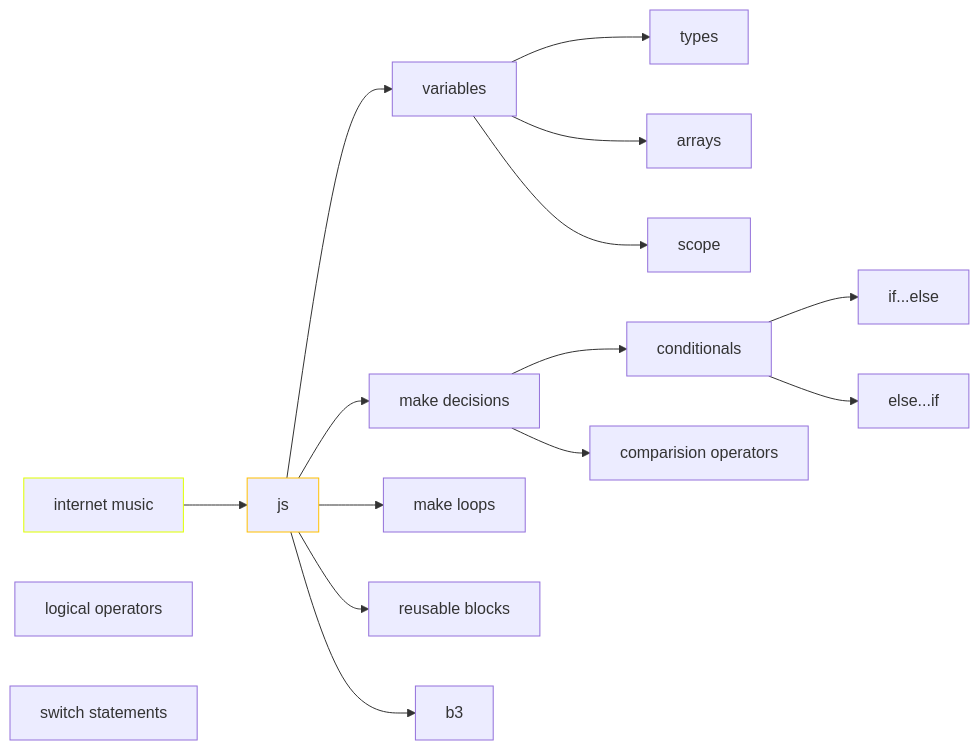
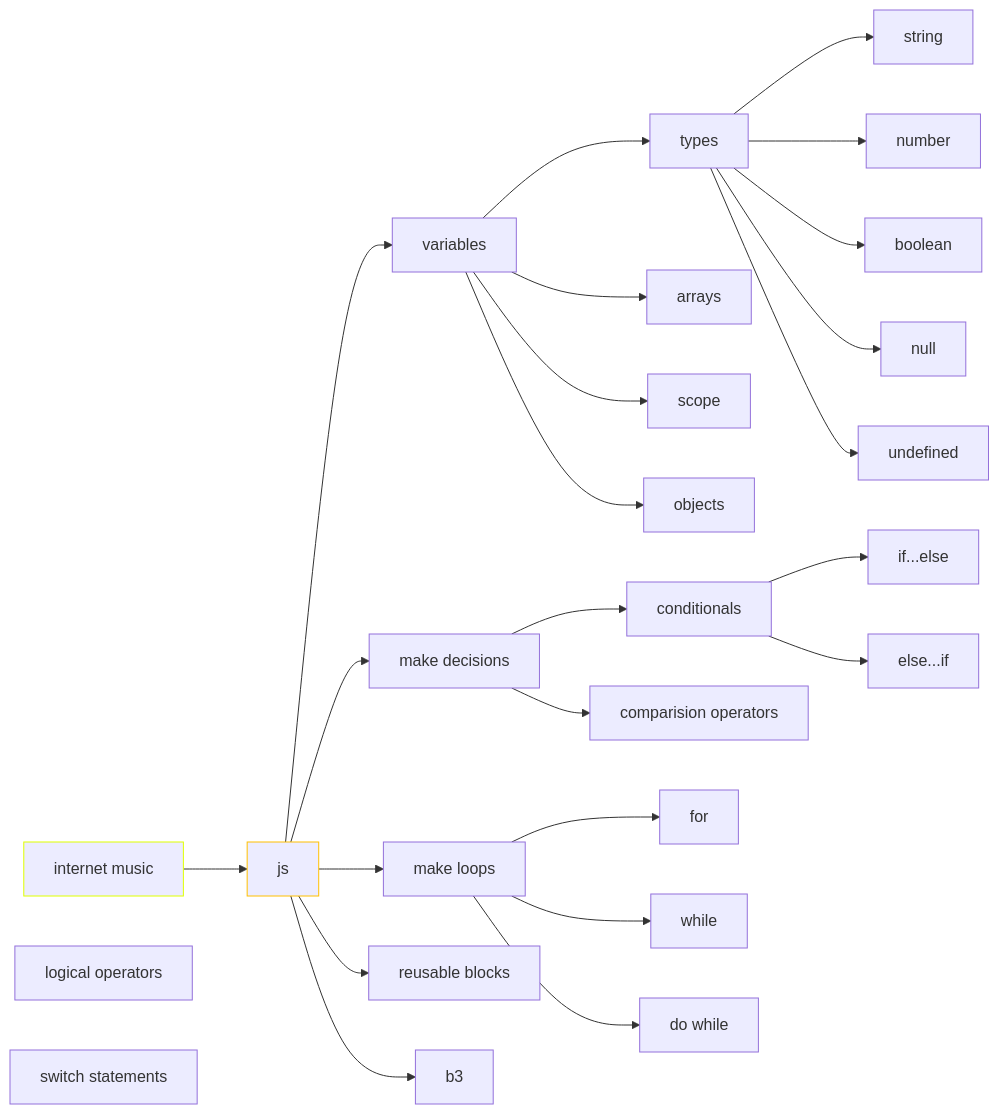
Before and after one commit to musiki/cym: the diagram in 02-mat/jasvascript/js01-fundamentals.md, drawn with Mermaid. The commit also changed other lines of this file and 5 other files, not shown here.

````diff
--- a/02-mat/jasvascript/js01-fundamentals.md
+++ b/02-mat/jasvascript/js01-fundamentals.md
@@ -4,46 +4,57 @@
 ```mermaid
 graph LR
 
 a[internet music]
 b[js]
 b0[variables]
 b01[types]
+b011[string]
+b012[number]
+b013[boolean]
+b014[null]
+b015[undefined]
 b02[arrays]
 b03[scope]
+b04[objects]
 b1[make decisions]
 b11[conditionals]
 b111[if...else]
 b112[else...if]
 b12[comparision operators]
 b13[logical operators]
 b14[switch statements]
 b2[make loops]
+b21[for]
+b22[while]
+b23[do while]
 b4[reusable blocks]
 
 
 a --> b 
 b --> b0 & b1 & b2 & b3 & b4
-b0 --> b01 & b02 & b03
+b0 --> b01 & b02 & b03 & b04
+b01 --> b011 & b012 & b013 & b014 & b015
 b1 --> b11 & b12
+b2 --> b21 & b22 & b23
 b11 --> b111 & b112 
 
 
 
 classDef default stroke-width:1px;
 classDef c1 stroke:#DFFF00;
 classDef c2 stroke:#FFBF00;
 classDef c3 stroke:#FF7F50;
 classDef c4 stroke:#DE163;
 classDef c5 stroke:#40E0D0;
 classDef c6 stroke:#CCCCFF;
 
 class a c1;
 class b c2;
 class c c3;
 
 
 
 
 
 
 ```
````
